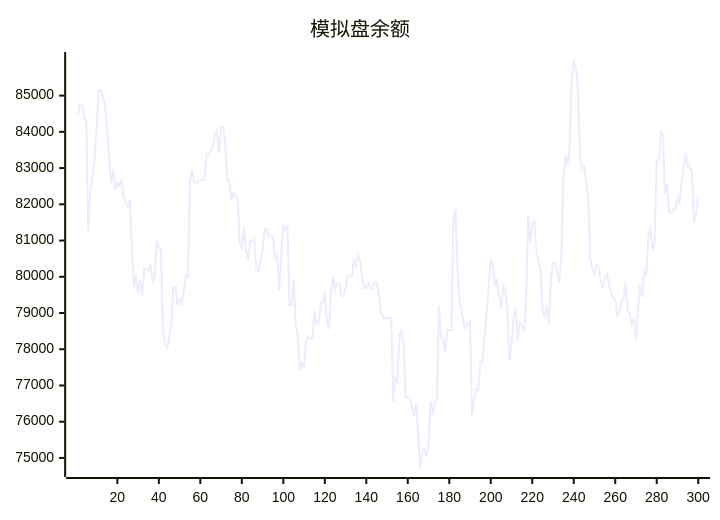
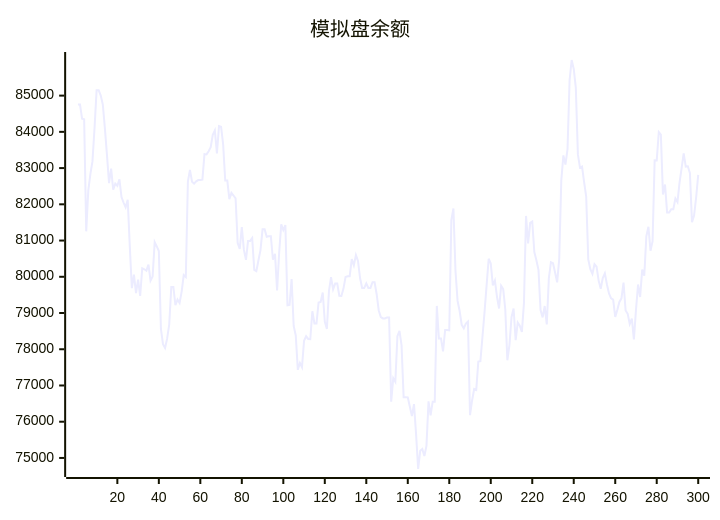
Before and after one commit to aahl/ai-trading: the diagram in README.md, drawn with Mermaid. The commit also changed other lines of this file and 1 other file, not shown here.

````diff
--- a/README.md
+++ b/README.md
@@ -5,5 +5,5 @@
 ```mermaid
 xychart
     title "模拟盘余额"
-    line [84499,84757,84757,84364,84347,81254,82385,82835,83184,84099,85150,85150,85002,84751,84096,83356,82582,82983,82404,82572,82512,82688,82200,82047,81920,82125,80840,79688,80060,79552,79920,79470,80236,80208,80170,80336,79894,80006,80954,80837,80712,78561,78139,78037,78293,78682,79720,79720,79214,79372,79279,79591,80046,79993,82625,82950,82626,82571,82633,82670,82670,82681,83386,83378,83464,83579,83920,84037,83402,84160,84142,83652,82655,82655,82145,82315,82243,82163,80934,80770,81371,80742,80468,80989,80989,81067,80191,80155,80450,80737,81309,81309,81106,81119,81119,80471,80631,79624,80670,81448,81290,81429,79212,79222,79940,78643,78380,77432,77623,77504,78235,78358,78284,78277,79048,78714,78714,79290,79308,79567,78763,78563,79603,79988,79652,79813,79813,79476,79469,79673,79995,80015,80015,80486,80314,80600,80436,79966,79689,79689,79819,79692,79692,79850,79850,79518,79071,78889,78850,78850,78878,78878,76554,77202,77103,78357,78510,78106,76678,76677,76672,76411,76159,76485,75656,74695,75197,75246,75052,75334,76564,76179,76553,76551,79196,78300,78300,77944,78531,78531,78521,81564,81884,80160,79335,79055,78675,78580,78708,78764,76179,76586,76902,76876,77658,77669,78346,79023,79769,80497,80366,79761,79896,79448,79126,79749,79658,79097,77695,78114,78888,79126,78249,78738,78653,78478,79271,81680,80923,81488,81527,80681,80455,80190,79084,78879,79193,78686,79954,80403,80374,80118,79848,80491,82665,83351,83098,83525,85430,85983,85737,85221,83378,83014,83043,82613,82216,80477,80208,80081,80348,80277,79894,79670,79965,80093,79786,79542,79406,79371,78893,79087,79304,79406,79841,79072,78978,78696,78846,78272,79085,79787,79442,80198,80031,81120,81379,80718,80985,83214,83212,83993,83921,82270,82547,81776,81776,81866,81866,82158,82061,82596,83000,83408,83041,83050,82858,81503,81691,82188]
+    line [84757,84757,84364,84347,81254,82385,82835,83184,84099,85150,85150,85002,84751,84096,83356,82582,82983,82404,82572,82512,82688,82200,82047,81920,82125,80840,79688,80060,79552,79920,79470,80236,80208,80170,80336,79894,80006,80954,80837,80712,78561,78139,78037,78293,78682,79720,79720,79214,79372,79279,79591,80046,79993,82625,82950,82626,82571,82633,82670,82670,82681,83386,83378,83464,83579,83920,84037,83402,84160,84142,83652,82655,82655,82145,82315,82243,82163,80934,80770,81371,80742,80468,80989,80989,81067,80191,80155,80450,80737,81309,81309,81106,81119,81119,80471,80631,79624,80670,81448,81290,81429,79212,79222,79940,78643,78380,77432,77623,77504,78235,78358,78284,78277,79048,78714,78714,79290,79308,79567,78763,78563,79603,79988,79652,79813,79813,79476,79469,79673,79995,80015,80015,80486,80314,80600,80436,79966,79689,79689,79819,79692,79692,79850,79850,79518,79071,78889,78850,78850,78878,78878,76554,77202,77103,78357,78510,78106,76678,76677,76672,76411,76159,76485,75656,74695,75197,75246,75052,75334,76564,76179,76553,76551,79196,78300,78300,77944,78531,78531,78521,81564,81884,80160,79335,79055,78675,78580,78708,78764,76179,76586,76902,76876,77658,77669,78346,79023,79769,80497,80366,79761,79896,79448,79126,79749,79658,79097,77695,78114,78888,79126,78249,78738,78653,78478,79271,81680,80923,81488,81527,80681,80455,80190,79084,78879,79193,78686,79954,80403,80374,80118,79848,80491,82665,83351,83098,83525,85430,85983,85737,85221,83378,83014,83043,82613,82216,80477,80208,80081,80348,80277,79894,79670,79965,80093,79786,79542,79406,79371,78893,79087,79304,79406,79841,79072,78978,78696,78846,78272,79085,79787,79442,80198,80031,81120,81379,80718,80985,83214,83212,83993,83921,82270,82547,81776,81776,81866,81866,82158,82061,82596,83000,83408,83041,83050,82858,81503,81691,82188,82812]
 ```
````
